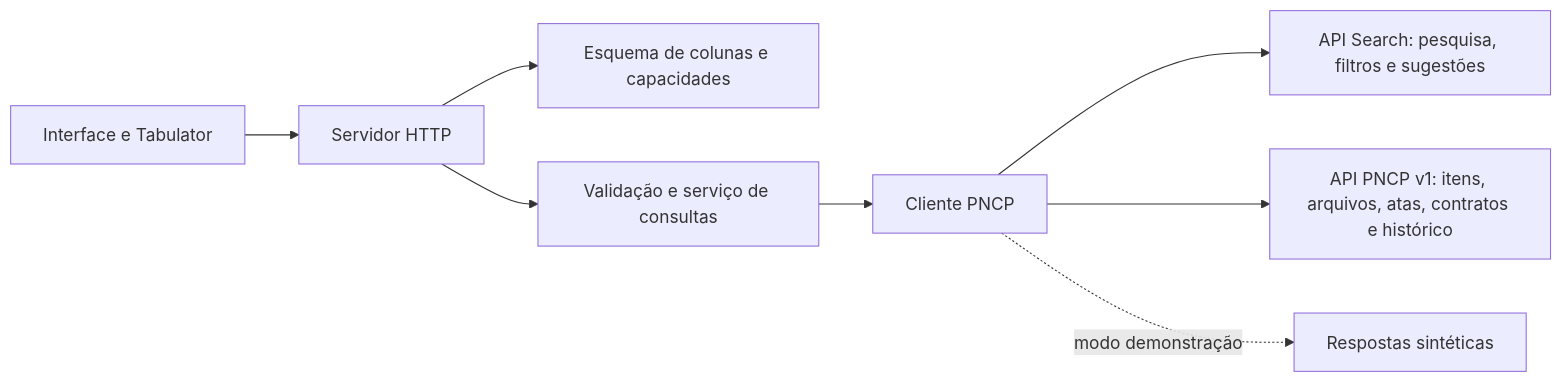
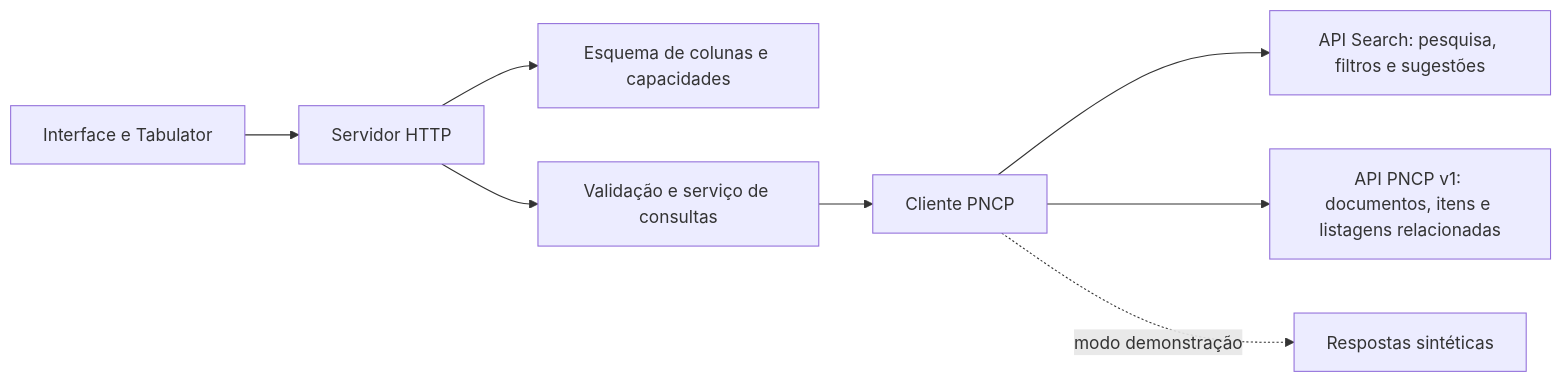
One commit to victorgmbraga/compras-web changed the diagram in docs/arquitetura.md. Above: the diagram before and after it, drawn with Mermaid. The commit also changed other lines of this file and 23 other files, not shown here.

Commit message:
feat: support PNCP atas and document-specific details

````diff
--- a/docs/arquitetura.md
+++ b/docs/arquitetura.md
@@ -5,10 +5,10 @@
 ```mermaid
 flowchart LR
     UI[Interface e Tabulator] --> HTTP[Servidor HTTP]
     HTTP --> Schema[Esquema de colunas e capacidades]
     HTTP --> Query[Validação e serviço de consultas]
     Query --> Client[Cliente PNCP]
     Client --> Search[API Search: pesquisa, filtros e sugestões]
-    Client --> Items[API PNCP v1: itens, arquivos, atas, contratos e histórico]
+    Client --> Items[API PNCP v1: documentos, itens e listagens relacionadas]
     Client -. modo demonstração .-> Demo[Respostas sintéticas]
 ```
````
